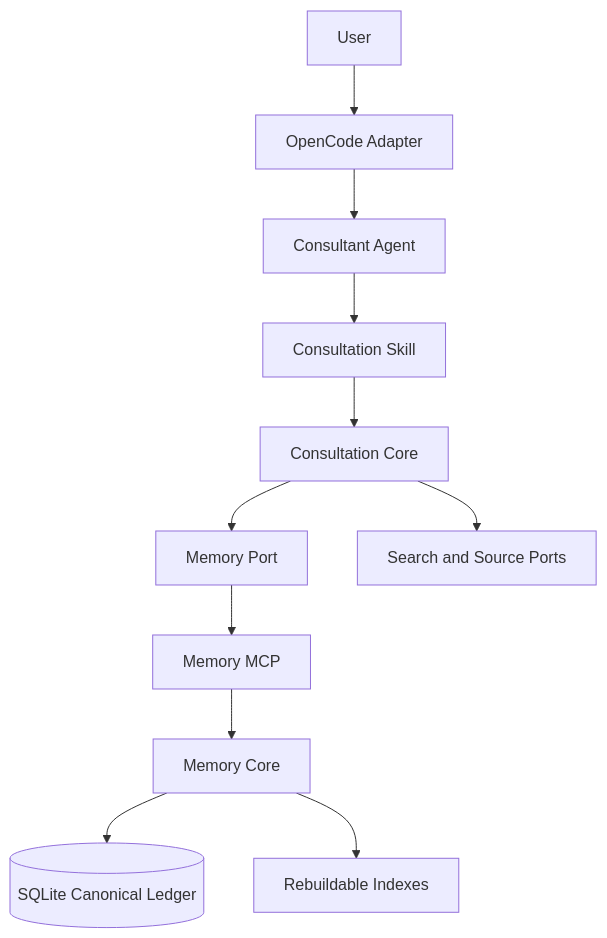
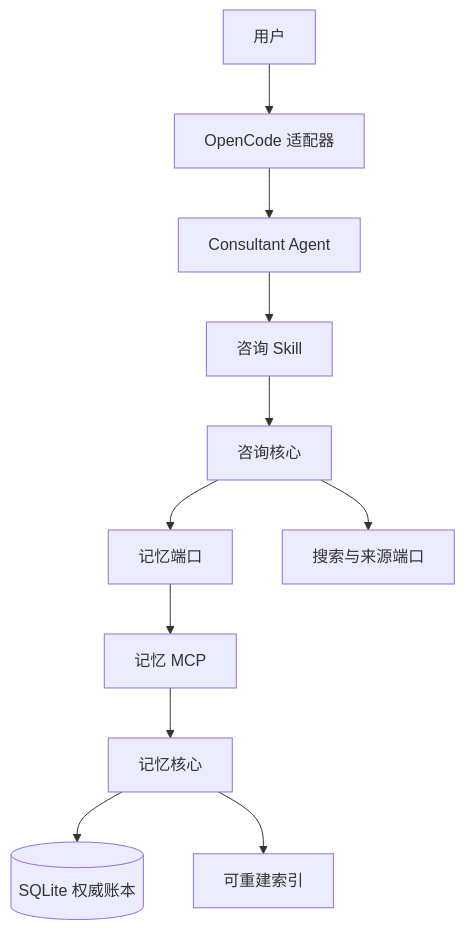
Before and after one commit to Arrowyi/janus-agent-plugin: the first of 2 diagrams in docs/architecture.md, drawn with Mermaid. The commit also changed other lines of this file and 4 other files, not shown here.

````diff
--- a/docs/architecture.md
+++ b/docs/architecture.md
@@ -42,13 +39,13 @@
 ```mermaid
 flowchart TB
-    U[User] --> OA[OpenCode Adapter]
+    U[用户] --> OA[OpenCode 适配器]
     OA --> A[Consultant Agent]
-    A --> S[Consultation Skill]
-    S --> CC[Consultation Core]
-    CC --> MR[Memory Port]
-    MR --> MCP[Memory MCP]
-    MCP --> MC[Memory Core]
-    MC --> DB[(SQLite Canonical Ledger)]
-    MC --> IDX[Rebuildable Indexes]
-    CC --> SP[Search and Source Ports]
+    A --> S[咨询 Skill]
+    S --> CC[咨询核心]
+    CC --> MR[记忆端口]
+    MR --> MCP[记忆 MCP]
+    MCP --> MC[记忆核心]
+    MC --> DB[(SQLite 权威账本)]
+    MC --> IDX[可重建索引]
+    CC --> SP[搜索与来源端口]
 ```
````
